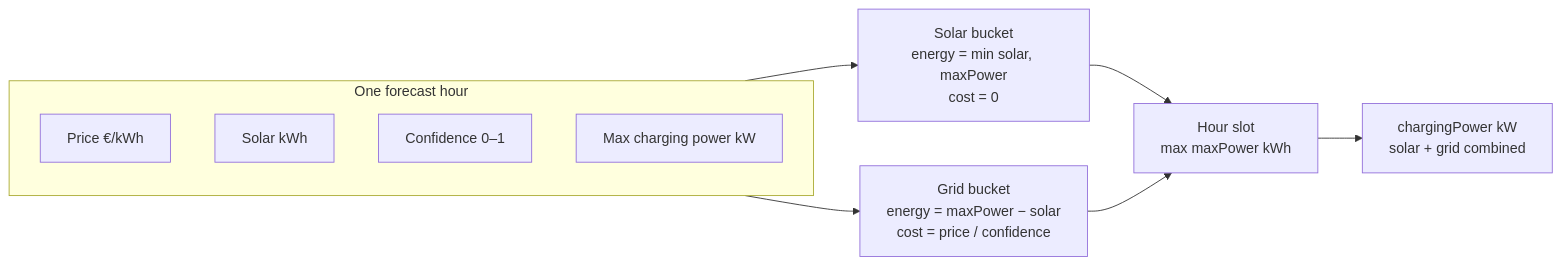
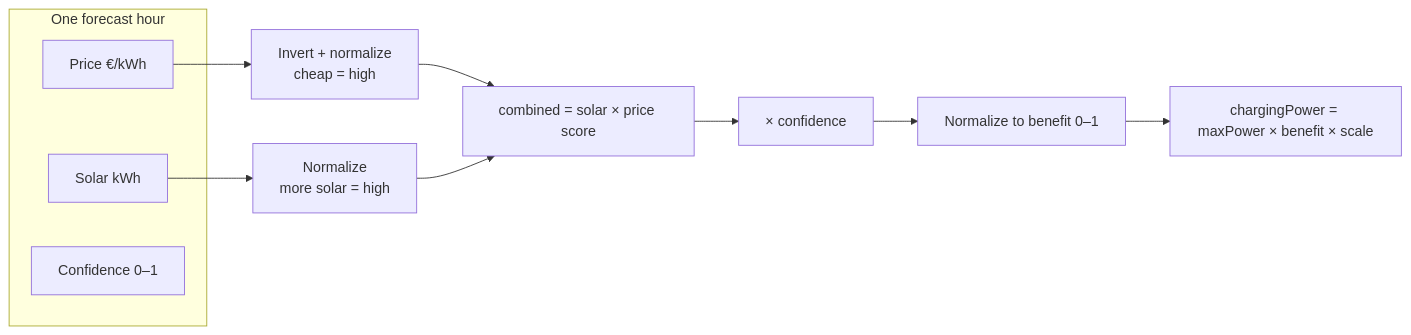
Before and after one commit to maitrux/ev-charging-optimizer: the third of 3 diagrams in README.md, drawn with Mermaid. The commit also changed other lines of this file and 1 other file, not shown here.

````diff
--- a/README.md
+++ b/README.md
@@ -96,17 +110,16 @@
 ```mermaid
 flowchart LR
   subgraph hour [One forecast hour]
     P[Price €/kWh]
     SO[Solar kWh]
     C[Confidence 0–1]
-    MP[Max charging power kW]
   end
 
-  hour --> SB[Solar bucket<br/>energy = min solar, maxPower<br/>cost = 0]
-  hour --> GB[Grid bucket<br/>energy = maxPower − solar<br/>cost = price / confidence]
-
-  SB --> SLOT[Hour slot<br/>max maxPower kWh]
-  GB --> SLOT
-
-  SLOT --> OUT[chargingPower kW<br/>solar + grid combined]
+  P --> NP[Invert + normalize<br/>cheap = high]
+  SO --> NS[Normalize<br/>more solar = high]
+  NP --> COMB[combined = solar × price score]
+  NS --> COMB
+  COMB --> CONF[× confidence]
+  CONF --> BEN[Normalize to benefit 0–1]
+  BEN --> OUT[chargingPower = maxPower × benefit × scale]
 ```
````
